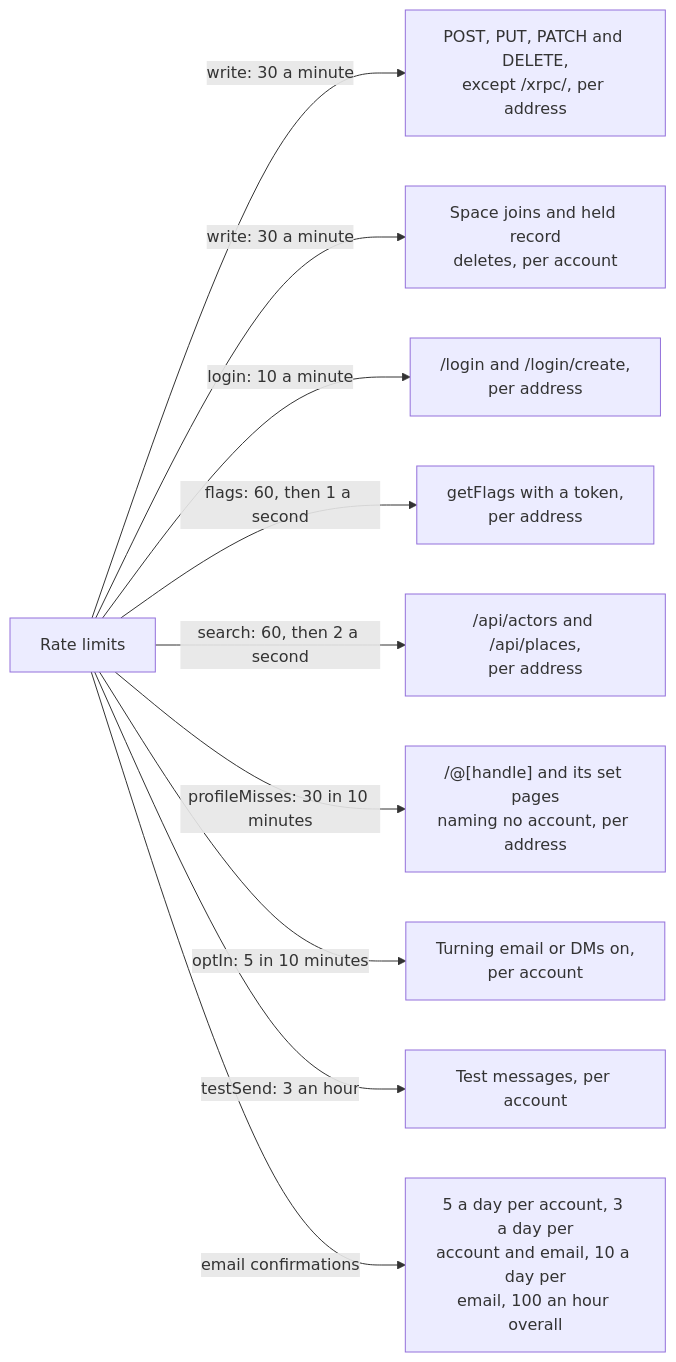
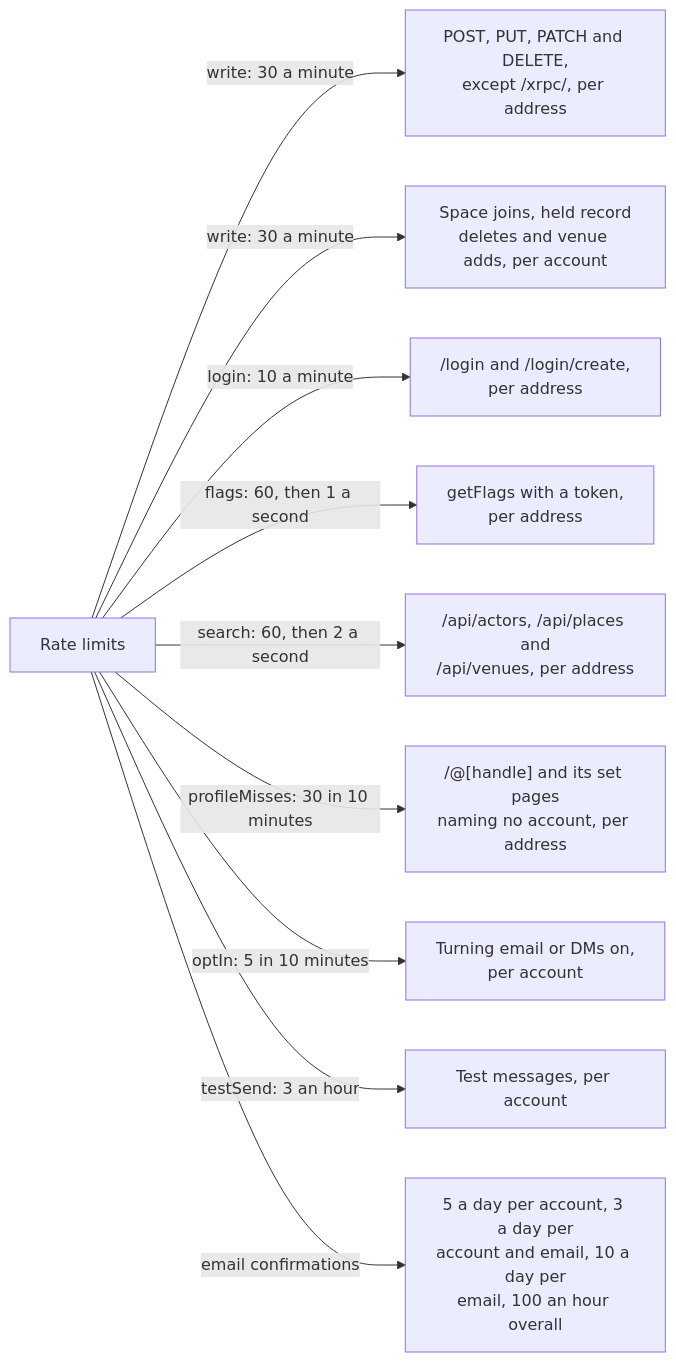
The fifth of 11 diagrams in apps/web/docs/diagrams/requests-and-routes.md (cutenode/localnetwork), drawn with Mermaid before and after one commit. The commit also changed other lines of this file and 38 other files, not shown here.

First line of the commit message:
feat(web): add venue records and the venue picker, addressed by space key

````diff
--- a/apps/web/docs/diagrams/requests-and-routes.md
+++ b/apps/web/docs/diagrams/requests-and-routes.md
@@ -114,13 +115,13 @@
 ```mermaid
 flowchart LR
   Limits["Rate limits"]
   Limits -- "write: 30 a minute" --> W1["POST, PUT, PATCH and DELETE,<br/>except /xrpc/, per address"]
-  Limits -- "write: 30 a minute" --> W2["Space joins and held record<br/>deletes, per account"]
+  Limits -- "write: 30 a minute" --> W2["Space joins, held record<br/>deletes and venue adds, per account"]
   Limits -- "login: 10 a minute" --> L1["/login and /login/create,<br/>per address"]
   Limits -- "flags: 60, then 1 a second" --> F1["getFlags with a token,<br/>per address"]
-  Limits -- "search: 60, then 2 a second" --> S1["/api/actors and /api/places,<br/>per address"]
+  Limits -- "search: 60, then 2 a second" --> S1["/api/actors, /api/places and<br/>/api/venues, per address"]
   Limits -- "profileMisses: 30 in 10 minutes" --> M1["/@[handle] and its set pages<br/>naming no account, per address"]
   Limits -- "optIn: 5 in 10 minutes" --> O1["Turning email or DMs on,<br/>per account"]
   Limits -- "testSend: 3 an hour" --> T1["Test messages, per account"]
   Limits -- "email confirmations" --> C1["5 a day per account, 3 a day per<br/>account and email, 10 a day per<br/>email, 100 an hour overall"]
 ```
````
